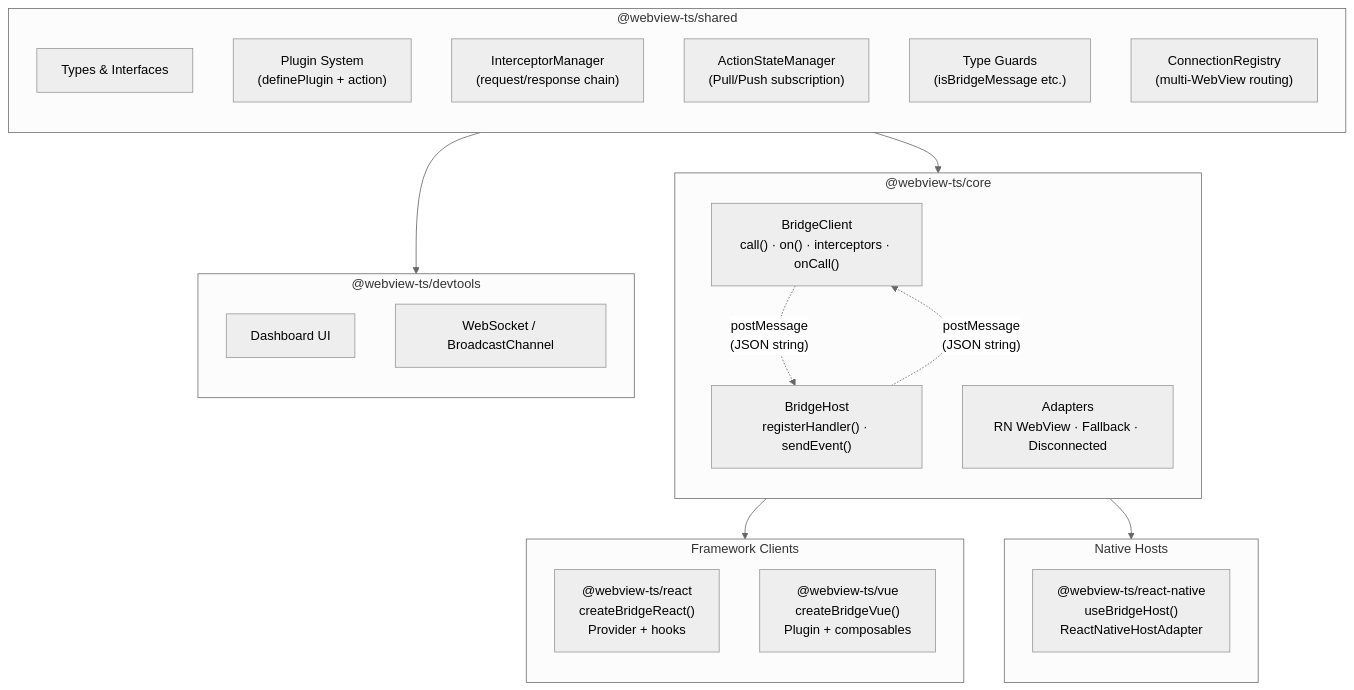
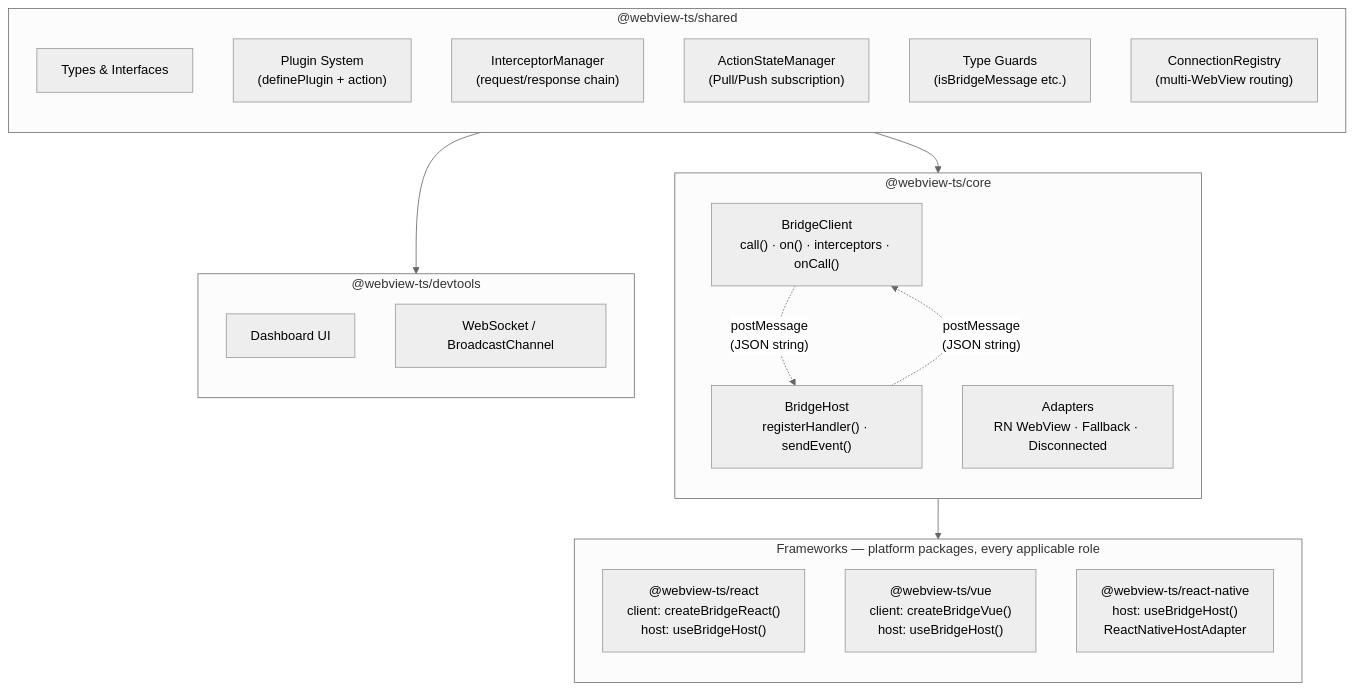
The diagram in README.md (Kyujenius/webview-ts), drawn with Mermaid (neutral theme) before and after one commit. The commit also changed other lines of this file, not shown here.

Commit message:
docs: reposition readme around typescript hosts and web dual roles

````diff
--- a/README.md
+++ b/README.md
@@ -61,44 +61,39 @@
 ```mermaid
 graph TB
     subgraph shared["@webview-ts/shared"]
         direction TB
         S_Types["Types & Interfaces"]
         S_Plugin["Plugin System\n(definePlugin + action)"]
         S_MW["InterceptorManager\n(request/response chain)"]
         S_State["ActionStateManager\n(Pull/Push subscription)"]
         S_Schema["Type Guards\n(isBridgeMessage etc.)"]
         S_Conn["ConnectionRegistry\n(multi-WebView routing)"]
     end
 
     subgraph core["@webview-ts/core"]
         direction TB
         C_Client["BridgeClient\ncall() · on() · interceptors · onCall()"]
         C_Host["BridgeHost\nregisterHandler() · sendEvent()"]
         C_Adapter["Adapters\nRN WebView · Fallback · Disconnected"]
     end
 
-    subgraph clients["Framework Clients"]
+    subgraph frameworks["Frameworks — platform packages, every applicable role"]
         direction TB
-        F_React["@webview-ts/react\ncreateBridgeReact()\nProvider + hooks"]
-        F_Vue["@webview-ts/vue\ncreateBridgeVue()\nPlugin + composables"]
-    end
-
-    subgraph hosts["Native Hosts"]
-        direction TB
-        H_RN["@webview-ts/react-native\nuseBridgeHost()\nReactNativeHostAdapter"]
+        F_React["@webview-ts/react\nclient: createBridgeReact()\nhost: useBridgeHost()"]
+        F_Vue["@webview-ts/vue\nclient: createBridgeVue()\nhost: useBridgeHost()"]
+        F_RN["@webview-ts/react-native\nhost: useBridgeHost()\nReactNativeHostAdapter"]
     end
 
     subgraph devtools["@webview-ts/devtools"]
         direction TB
         D_Dashboard["Dashboard UI"]
         D_Transport["WebSocket / BroadcastChannel"]
     end
 
     shared --> core
     shared --> devtools
-    core --> clients
-    core --> hosts
+    core --> frameworks
 
     C_Client -. "postMessage\n(JSON string)" .-> C_Host
     C_Host -. "postMessage\n(JSON string)" .-> C_Client
 ```
````
